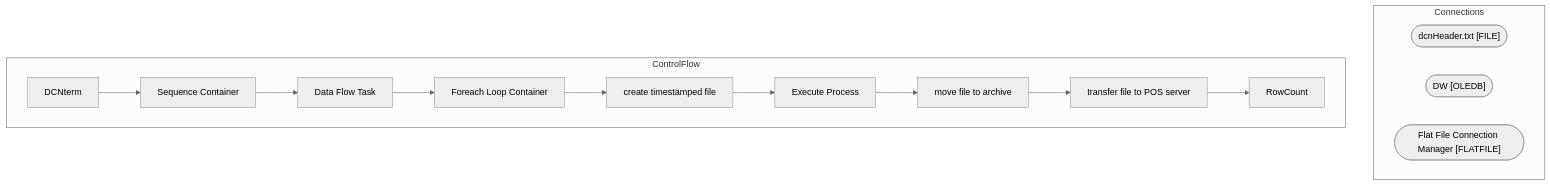
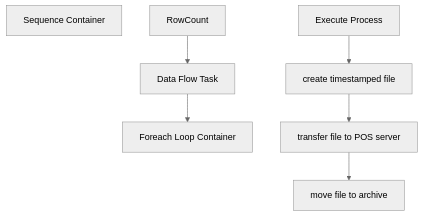
One commit to juanandresbrain/BABSkills changed the diagram in bab-docs-explorer/Documentation/STL-SSIS-P-01/SSIS/HR/HR_termDcn.DCNterm.md. Above: the diagram before and after it, drawn with Mermaid (neutral theme). The commit also changed other lines of this file and 273 other files, not shown here.

````diff
--- a/bab-docs-explorer/Documentation/STL-SSIS-P-01/SSIS/HR/HR_termDcn.DCNterm.md
+++ b/bab-docs-explorer/Documentation/STL-SSIS-P-01/SSIS/HR/HR_termDcn.DCNterm.md
@@ -9,27 +44,16 @@
 ```mermaid
 flowchart TD
-    subgraph Connections
-        dcnHeader_txt_conn(["dcnHeader.txt [FILE]"])
-        DW_conn(["DW [OLEDB]"])
-        Flat_File_Connection_Manager_conn(["Flat File Connection Manager [FLATFILE]"])
-    end
-    subgraph ControlFlow
-        DCNterm_task["DCNterm"]
-        Sequence_Container_task["Sequence Container"]
-        DCNterm_task --> Sequence_Container_task
-        Data_Flow_Task_task["Data Flow Task"]
-        Sequence_Container_task --> Data_Flow_Task_task
-        Foreach_Loop_Container_task["Foreach Loop Container"]
-        Data_Flow_Task_task --> Foreach_Loop_Container_task
-        create_timestamped_file_task["create timestamped file"]
-        Foreach_Loop_Container_task --> create_timestamped_file_task
-        Execute_Process_task["Execute Process"]
-        create_timestamped_file_task --> Execute_Process_task
-        move_file_to_archive_task["move file to archive"]
-        Execute_Process_task --> move_file_to_archive_task
-        transfer_file_to_POS_server_task["transfer file to POS server"]
-        move_file_to_archive_task --> transfer_file_to_POS_server_task
-        RowCount_task["RowCount"]
-        transfer_file_to_POS_server_task --> RowCount_task
-    end
+    n_Package_Sequence_Container["Sequence Container"]
+    n_Package_Sequence_Container_Data_Flow_Task["Data Flow Task"]
+    n_Package_Sequence_Container_Foreach_Loop_Container["Foreach Loop Container"]
+    n_Package_Sequence_Container_Foreach_Loop_Container_create_timestamped_file["create timestamped file"]
+    n_Package_Sequence_Container_Foreach_Loop_Container_Execute_Process["Execute Process"]
+    n_Package_Sequence_Container_Foreach_Loop_Container_move_file_to_archive["move file to archive"]
+    n_Package_Sequence_Container_Foreach_Loop_Container_transfer_file_to_POS_server["transfer file to POS server"]
+    n_Package_Sequence_Container_RowCount["RowCount"]
+    n_Package_Sequence_Container_Foreach_Loop_Container_Execute_Process --> n_Package_Sequence_Container_Foreach_Loop_Container_create_timestamped_file
+    n_Package_Sequence_Container_Foreach_Loop_Container_create_timestamped_file --> n_Package_Sequence_Container_Foreach_Loop_Container_transfer_file_to_POS_server
+    n_Package_Sequence_Container_Foreach_Loop_Container_transfer_file_to_POS_server --> n_Package_Sequence_Container_Foreach_Loop_Container_move_file_to_archive
+    n_Package_Sequence_Container_Data_Flow_Task --> n_Package_Sequence_Container_Foreach_Loop_Container
+    n_Package_Sequence_Container_RowCount --> n_Package_Sequence_Container_Data_Flow_Task
 ```
````
